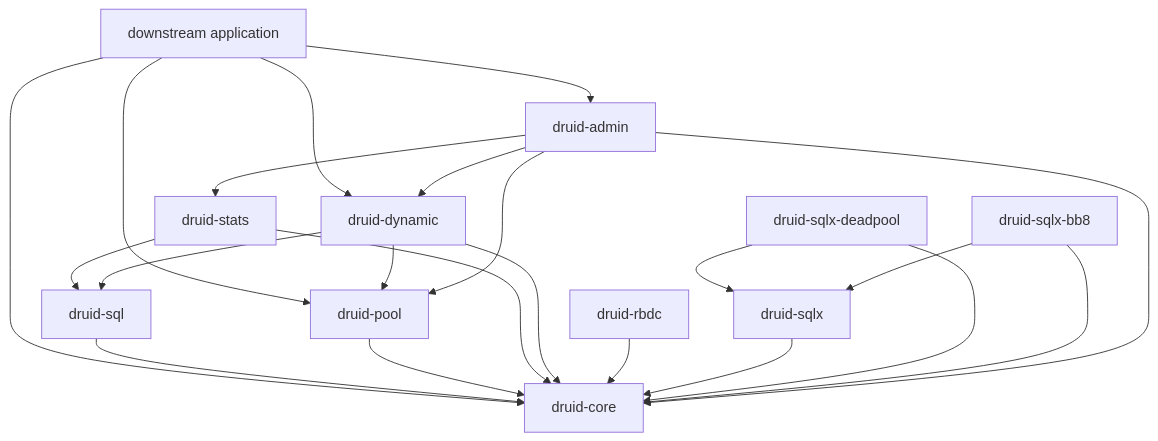
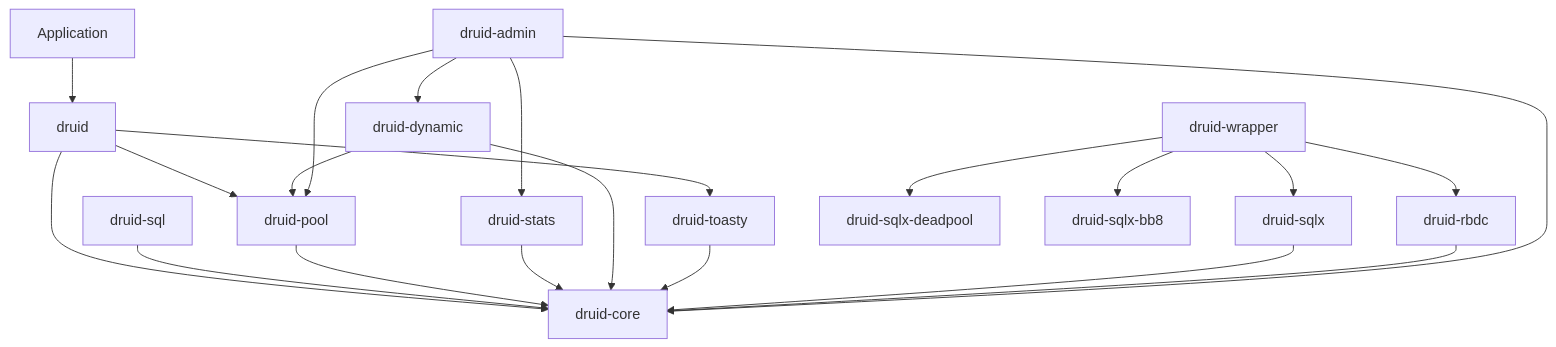
Before and after one commit to easy-4-rust/druid-rust: the diagram in README.md, drawn with Mermaid. The commit also changed other lines of this file and 90 other files, not shown here.

First line of the commit message:
docs(migration): 更新迁移路线图文档

````diff
--- a/README.md
+++ b/README.md
@@ -168,27 +182,27 @@
 ```mermaid
 flowchart TB
-    APP["downstream application"] --> CORE["druid-core"]
-    APP --> POOL["druid-pool"]
-    APP --> DYNAMIC["druid-dynamic"]
-    APP --> ADMIN["druid-admin"]
+    APP["Application"] --> FACADE["druid"]
+    FACADE --> CORE["druid-core"]
+    FACADE --> POOL["druid-pool"]
+    FACADE --> TOASTY["druid-toasty"]
 
     SQL["druid-sql"] --> CORE
     POOL --> CORE
     STATS["druid-stats"] --> CORE
-    STATS --> SQL
-    DYNAMIC --> CORE
-    DYNAMIC --> SQL
+    DYNAMIC["druid-dynamic"] --> CORE
     DYNAMIC --> POOL
 
+    TOASTY --> CORE
+    SQLX["druid-sqlx"] --> CORE
     RBDC["druid-rbdc"] --> CORE
-    SQLX["druid-sqlx"] --> CORE
-    SQLXDP["druid-sqlx-deadpool"] --> CORE
-    SQLXDP --> SQLX
-    SQLXB8["druid-sqlx-bb8"] --> CORE
-    SQLXB8 --> SQLX
 
-    ADMIN --> CORE
+    WRAPPER["druid-wrapper"] --> SQLX
+    WRAPPER --> RBDC
+    WRAPPER --> SQLXDP["druid-sqlx-deadpool"]
+    WRAPPER --> SQLXB8["druid-sqlx-bb8"]
+
+    ADMIN["druid-admin"] --> CORE
     ADMIN --> POOL
     ADMIN --> STATS
     ADMIN --> DYNAMIC
 ```
````
